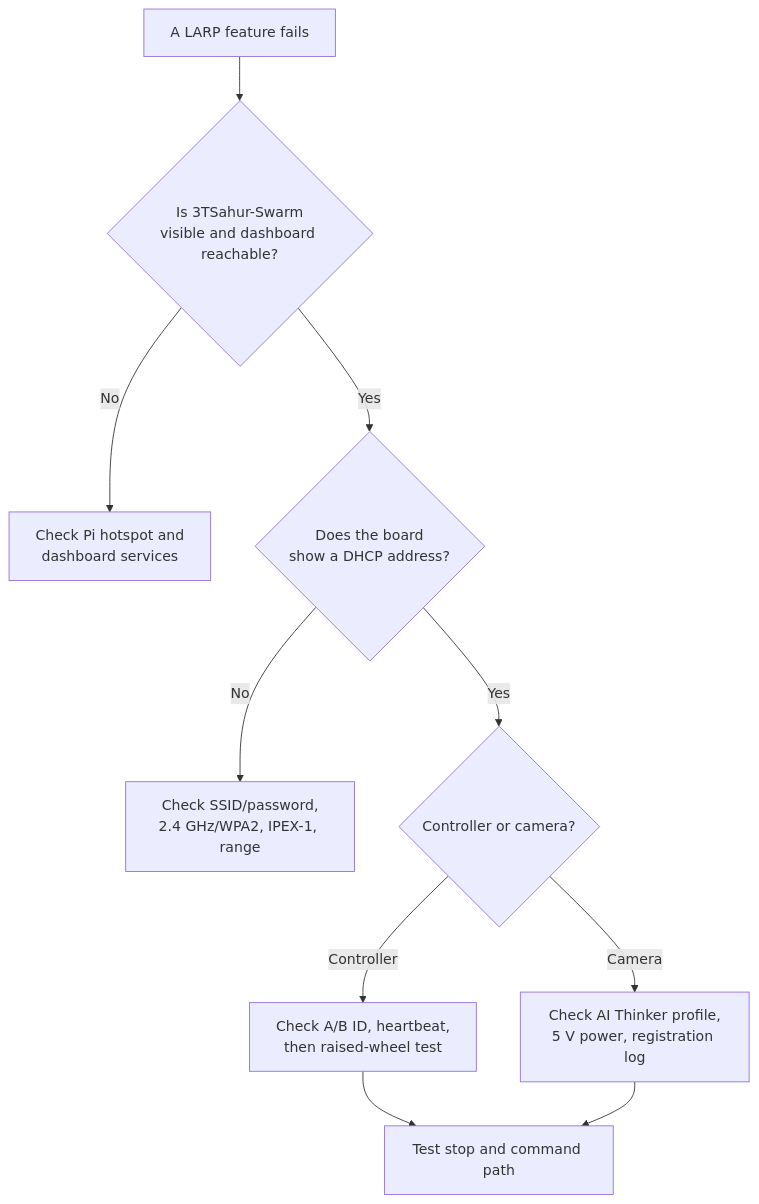
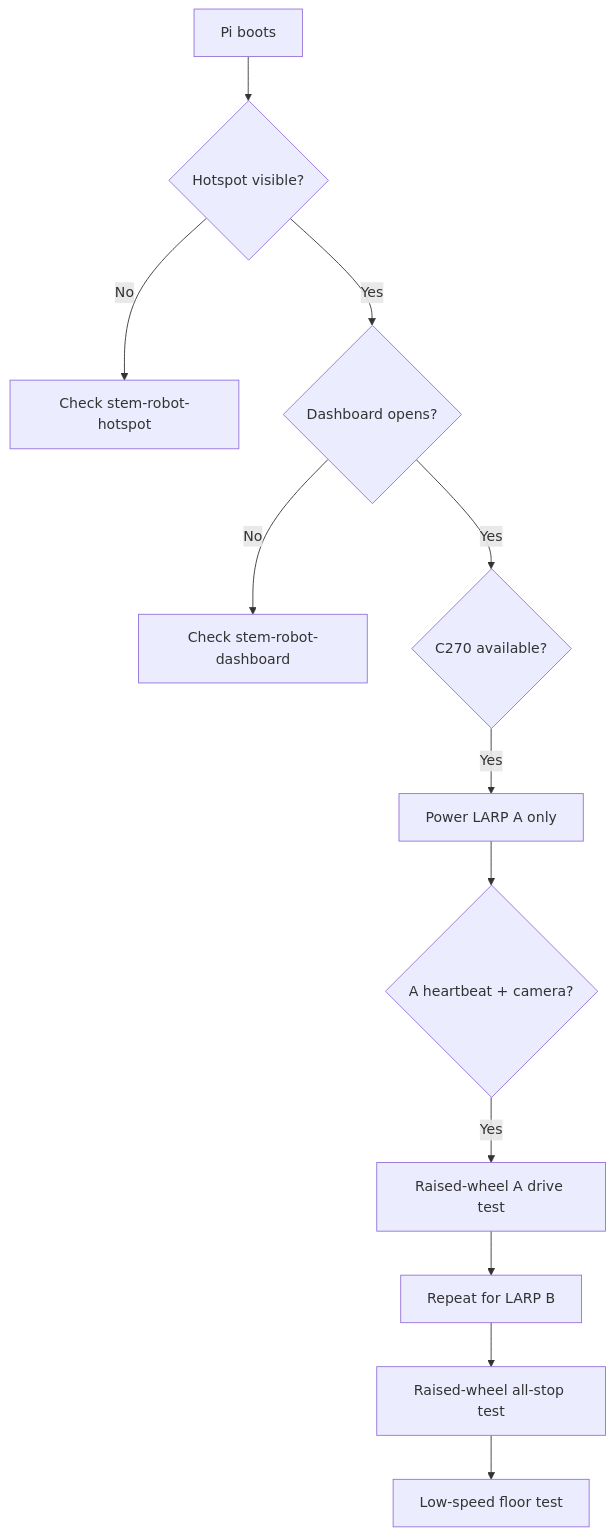
The fourth of 4 diagrams in README.md (william-thompsonthe1st/STEM-Research-Academy), drawn with Mermaid before and after one commit. The commit also changed other lines of this file, not shown here.

````diff
--- a/README.md
+++ b/README.md
@@ -717,12 +219,14 @@
 ```mermaid
 flowchart TD
-    Start["A LARP feature fails"] --> Hotspot{"Is 3TSahur-Swarm\nvisible and dashboard reachable?"}
-    Hotspot -- No --> Pi["Check Pi hotspot and\ndashboard services"]
-    Hotspot -- Yes --> Board{"Does the board\nshow a DHCP address?"}
-    Board -- No --> WiFi["Check SSID/password,\n2.4 GHz/WPA2, IPEX-1, range"]
-    Board -- Yes --> Role{"Controller or camera?"}
-    Role -- Controller --> Drive["Check A/B ID, heartbeat,\nthen raised-wheel test"]
-    Role -- Camera --> Video["Check AI Thinker profile,\n5 V power, registration log"]
-    Drive --> Result["Test stop and command path"]
-    Video --> Result
+    P["Pi boots"] --> H{"Hotspot visible?"}
+    H -- No --> HS["Check stem-robot-hotspot"]
+    H -- Yes --> D{"Dashboard opens?"}
+    D -- No --> DS["Check stem-robot-dashboard"]
+    D -- Yes --> C{"C270 available?"}
+    C -- Yes --> A["Power LARP A only"]
+    A --> AH{"A heartbeat + camera?"}
+    AH -- Yes --> AT["Raised-wheel A drive test"]
+    AT --> B["Repeat for LARP B"]
+    B --> ALL["Raised-wheel all-stop test"]
+    ALL --> FLOOR["Low-speed floor test"]
 ```
````
